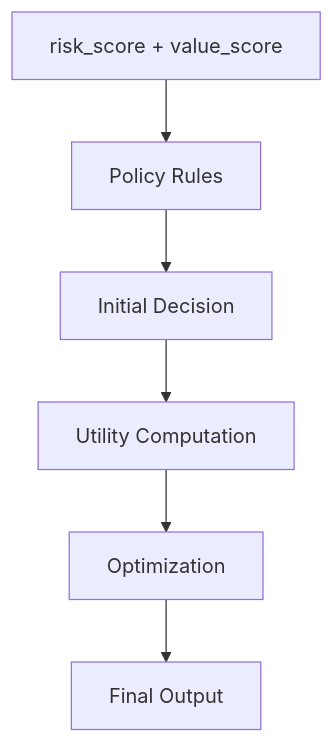
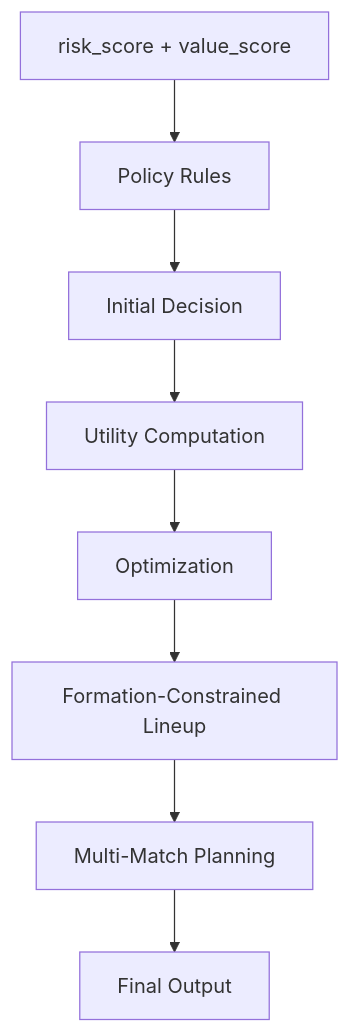
One commit to manuelpeba/football-decision-engine changed the second of 2 diagrams in README.md. Above: the diagram before and after it, drawn with Mermaid. The commit also changed other lines of this file, not shown here.

````diff
--- a/README.md
+++ b/README.md
@@ -353,8 +345,10 @@
-``` mermaid
+```mermaid
 flowchart TD
     A[risk_score + value_score] --> B[Policy Rules]
     B --> C[Initial Decision]
     C --> D[Utility Computation]
     D --> E[Optimization]
-    E --> F[Final Output]
+    E --> F[Formation-Constrained Lineup]
+    F --> G[Multi-Match Planning]
+    G --> H[Final Output]
 ```
````
